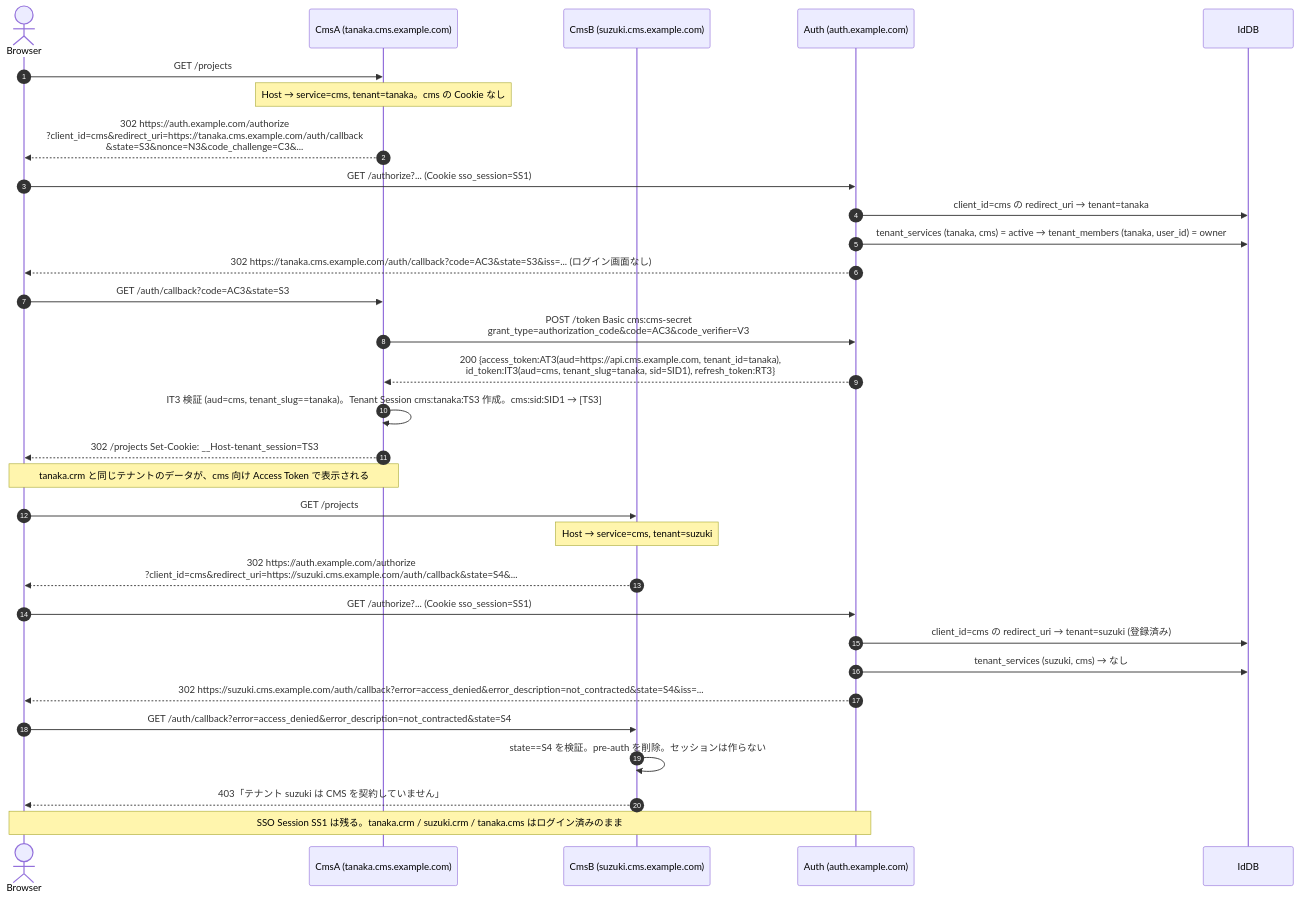
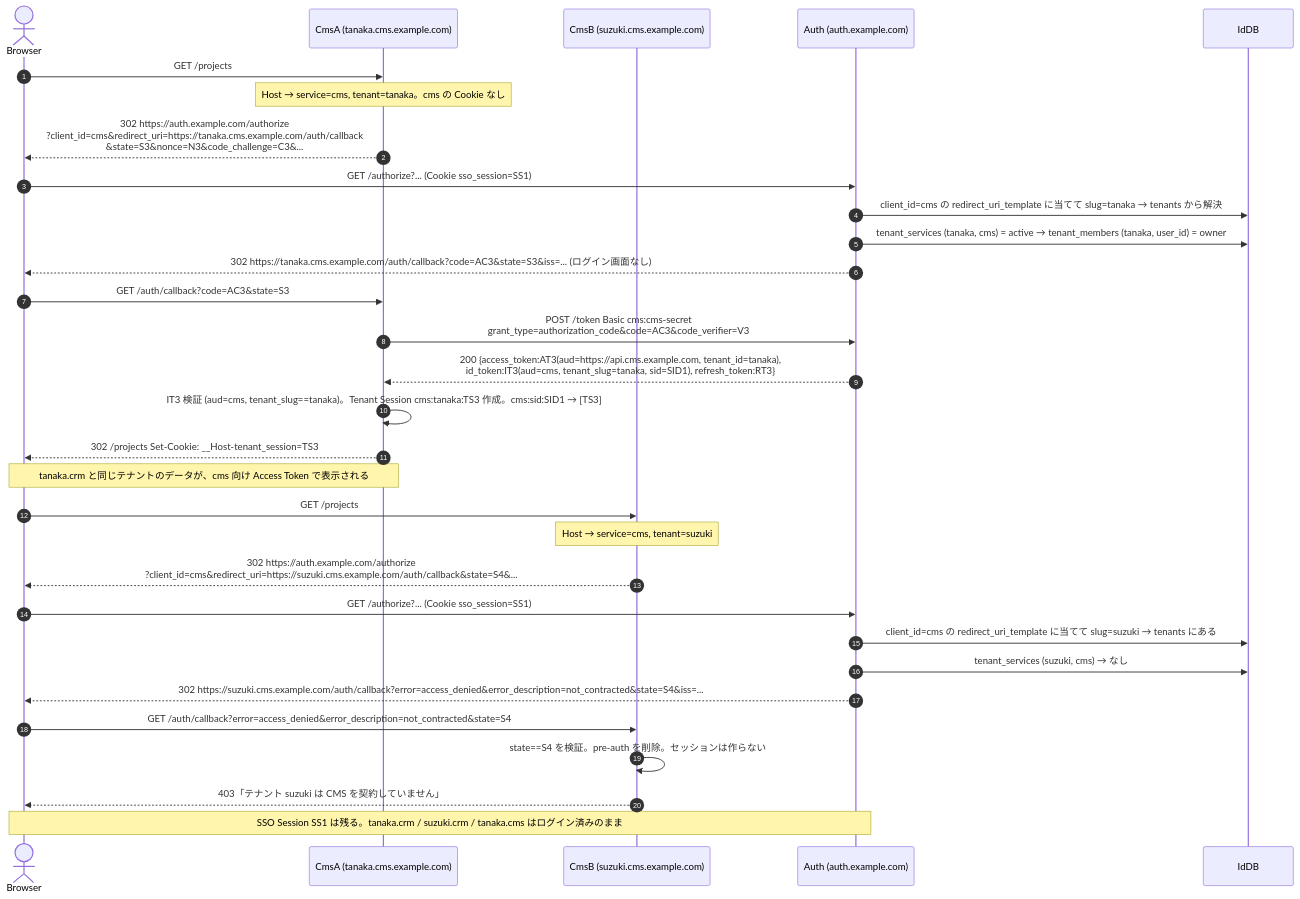
One commit to daisuke-tanabe/multi-domain-sandbox changed the fourth of 10 diagrams in docs/integration-guide.md. Above: the diagram before and after it, drawn with Mermaid. The commit also changed other lines of this file and 120 other files, not shown here.

````diff
--- a/docs/integration-guide.md
+++ b/docs/integration-guide.md
@@ -600,35 +608,35 @@
 ```mermaid
 sequenceDiagram
     autonumber
     actor Browser
     participant CmsA as CmsA (tanaka.cms.example.com)
     participant CmsB as CmsB (suzuki.cms.example.com)
     participant Auth as Auth (auth.example.com)
     participant IdDB
 
     Browser->>CmsA: GET /projects
     Note over CmsA: Host → service=cms, tenant=tanaka。cms の Cookie なし
     CmsA-->>Browser: 302 https://auth.example.com/authorize<br/>?client_id=cms&redirect_uri=https://tanaka.cms.example.com/auth/callback<br/>&state=S3&nonce=N3&code_challenge=C3&...
     Browser->>Auth: GET /authorize?... (Cookie sso_session=SS1)
-    Auth->>IdDB: client_id=cms の redirect_uri → tenant=tanaka
+    Auth->>IdDB: client_id=cms の redirect_uri_template に当てて slug=tanaka → tenants から解決
     Auth->>IdDB: tenant_services (tanaka, cms) = active → tenant_members (tanaka, user_id) = owner
     Auth-->>Browser: 302 https://tanaka.cms.example.com/auth/callback?code=AC3&state=S3&iss=... (ログイン画面なし)
     Browser->>CmsA: GET /auth/callback?code=AC3&state=S3
     CmsA->>Auth: POST /token  Basic cms:cms-secret<br/>grant_type=authorization_code&code=AC3&code_verifier=V3
     Auth-->>CmsA: 200 {access_token:AT3(aud=https://api.cms.example.com, tenant_id=tanaka),<br/>id_token:IT3(aud=cms, tenant_slug=tanaka, sid=SID1), refresh_token:RT3}
     CmsA->>CmsA: IT3 検証 (aud=cms, tenant_slug==tanaka)。Tenant Session cms:tanaka:TS3 作成。cms:sid:SID1 → [TS3]
     CmsA-->>Browser: 302 /projects  Set-Cookie: __Host-tenant_session=TS3
     Note over Browser,CmsA: tanaka.crm と同じテナントのデータが、cms 向け Access Token で表示される
 
     Browser->>CmsB: GET /projects
     Note over CmsB: Host → service=cms, tenant=suzuki
     CmsB-->>Browser: 302 https://auth.example.com/authorize<br/>?client_id=cms&redirect_uri=https://suzuki.cms.example.com/auth/callback&state=S4&...
     Browser->>Auth: GET /authorize?... (Cookie sso_session=SS1)
-    Auth->>IdDB: client_id=cms の redirect_uri → tenant=suzuki (登録済み)
+    Auth->>IdDB: client_id=cms の redirect_uri_template に当てて slug=suzuki → tenants にある
     Auth->>IdDB: tenant_services (suzuki, cms) → なし
     Auth-->>Browser: 302 https://suzuki.cms.example.com/auth/callback?error=access_denied&error_description=not_contracted&state=S4&iss=...
     Browser->>CmsB: GET /auth/callback?error=access_denied&error_description=not_contracted&state=S4
     CmsB->>CmsB: state==S4 を検証。pre-auth を削除。セッションは作らない
     CmsB-->>Browser: 403「テナント suzuki は CMS を契約していません」
     Note over Browser,Auth: SSO Session SS1 は残る。tanaka.crm / suzuki.crm / tanaka.cms はログイン済みのまま
 ```
````
